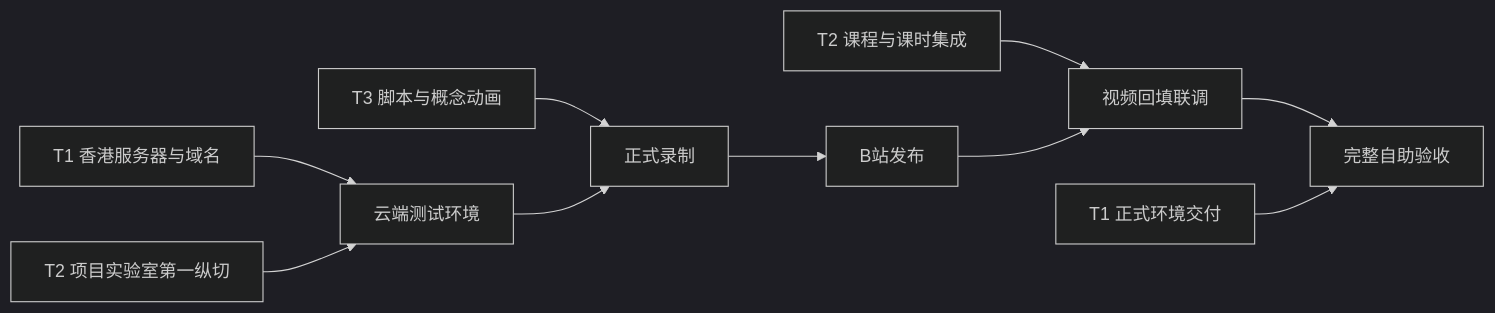
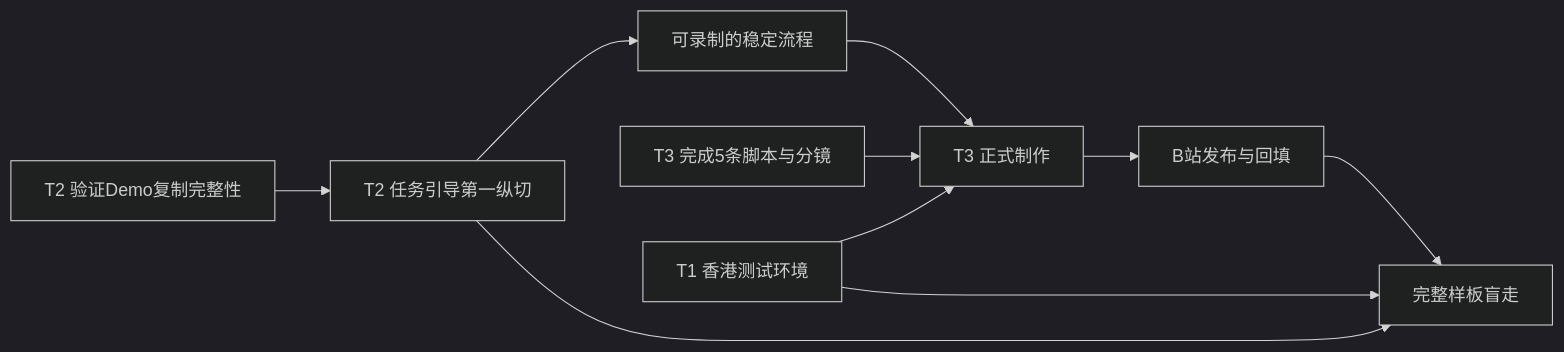
Before and after one commit to fancyhf/fineSTEM: the diagram in .trae/documents/产品与规划/07_fineSTEM_MVP2_三大任务总体执行计划_V1.0.md, drawn with Mermaid (dark theme). The commit also changed other lines of this file and 23 other files, not shown here.

````diff
--- a/.trae/documents/产品与规划/07_fineSTEM_MVP2_三大任务总体执行计划_V1.0.md
+++ b/.trae/documents/产品与规划/07_fineSTEM_MVP2_三大任务总体执行计划_V1.0.md
@@ -33,12 +61,12 @@
 ```mermaid
 flowchart LR
-    T1A["T1 香港服务器与域名"] --> S["云端测试环境"]
-    T2A["T2 项目实验室第一纵切"] --> S
-    T3A["T3 脚本与概念动画"] --> R["正式录制"]
-    S --> R
-    T2B["T2 课程与课时集成"] --> I["视频回填联调"]
-    R --> B["B站发布"]
-    B --> I
-    I --> E["完整自助验收"]
-    T1B["T1 正式环境交付"] --> E
+    A["T2 验证Demo复制完整性"] --> B["T2 任务引导第一纵切"]
+    B --> C["可录制的稳定流程"]
+    D["T3 完成5条脚本与分镜"] --> E["T3 正式制作"]
+    C --> E
+    F["T1 香港测试环境"] --> E
+    E --> G["B站发布与回填"]
+    G --> H["完整样板盲走"]
+    B --> H
+    F --> H
 ```
````
